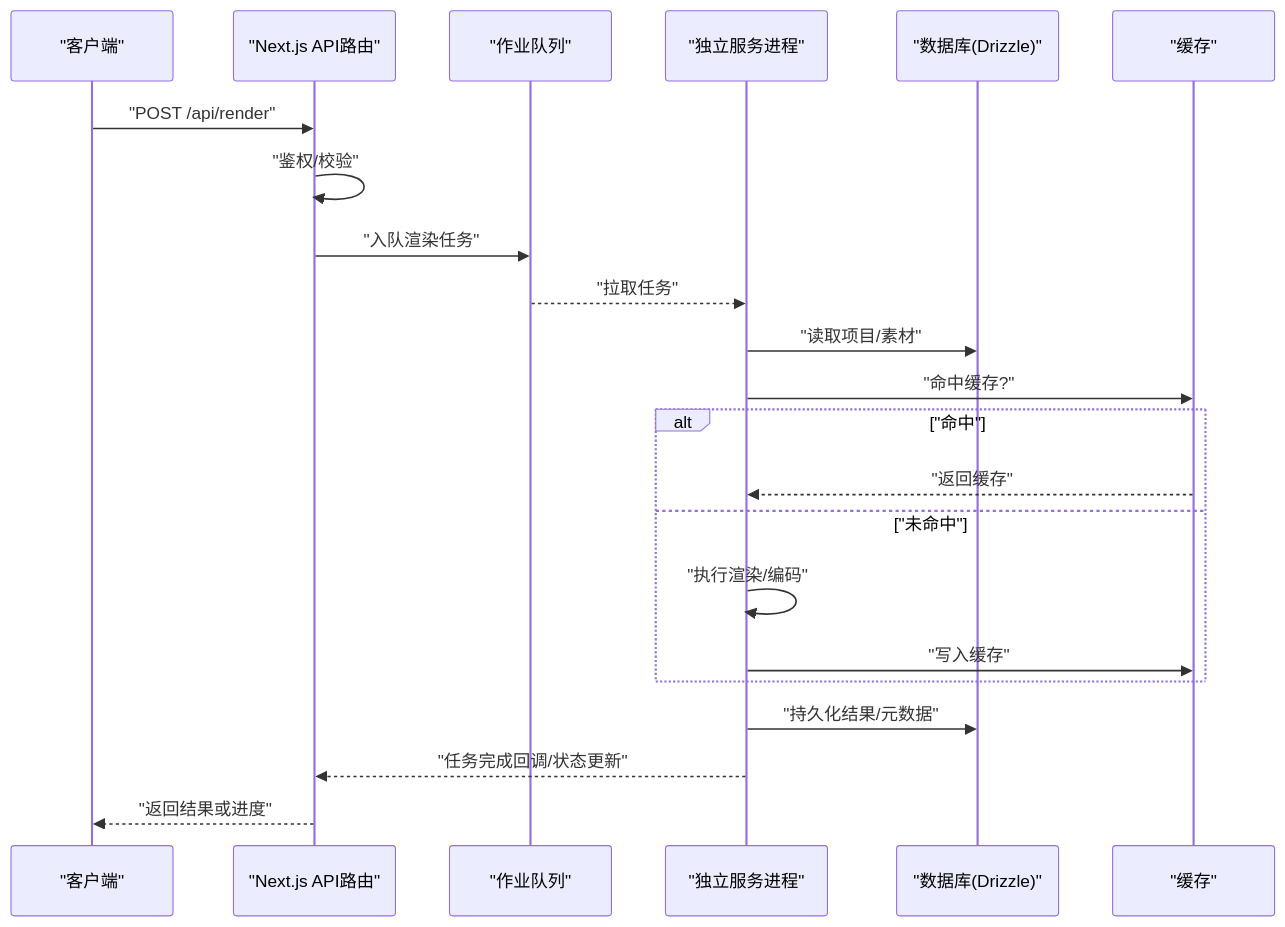
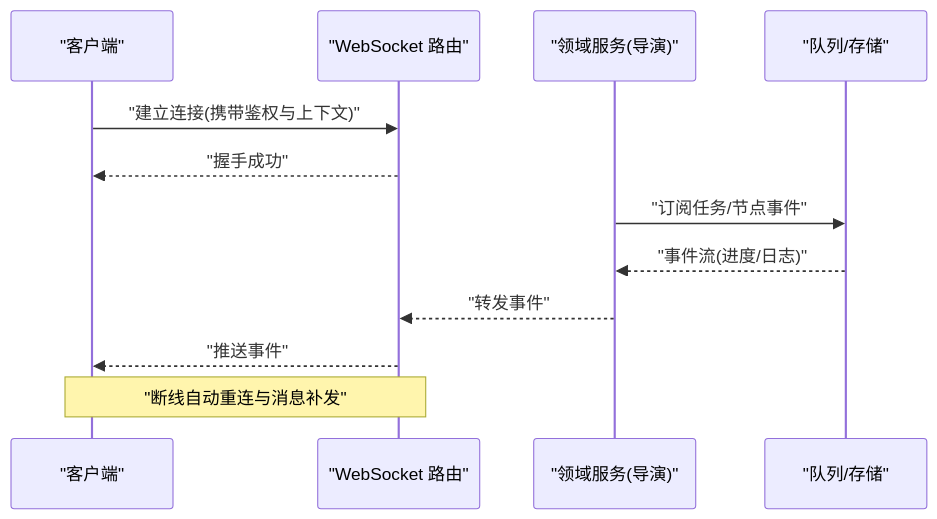
One commit to scottcwy/PurpleInk changed the third of 6 diagrams in .qoder/repowiki/zh/content/后端架构/后端架构.md. Above: the diagram before and after it, drawn with Mermaid. The commit also changed other lines of this file and 872 other files, not shown here.

````diff
--- a/.qoder/repowiki/zh/content/后端架构/后端架构.md
+++ b/.qoder/repowiki/zh/content/后端架构/后端架构.md
@@ -104,24 +157,14 @@
 ```mermaid
 sequenceDiagram
 participant C as "客户端"
-participant N as "Next.js API路由"
-participant Q as "作业队列"
-participant S as "独立服务进程"
-participant D as "数据库(Drizzle)"
-participant R as "缓存"
-C->>N : "POST /api/render"
-N->>N : "鉴权/校验"
-N->>Q : "入队渲染任务"
-Q-->>S : "拉取任务"
-S->>D : "读取项目/素材"
-S->>R : "命中缓存?"
-alt "命中"
-R-->>S : "返回缓存"
-else "未命中"
-S->>S : "执行渲染/编码"
-S->>R : "写入缓存"
-end
-S->>D : "持久化结果/元数据"
-S-->>N : "任务完成回调/状态更新"
-N-->>C : "返回结果或进度"
+participant W as "WebSocket 路由"
+participant S as "领域服务(导演)"
+participant Q as "队列/存储"
+C->>W : "建立连接(携带鉴权与上下文)"
+W-->>C : "握手成功"
+S->>Q : "订阅任务/节点事件"
+Q-->>S : "事件流(进度/日志)"
+S-->>W : "转发事件"
+W-->>C : "推送事件"
+Note over C,W : "断线自动重连与消息补发"
 ```
````
